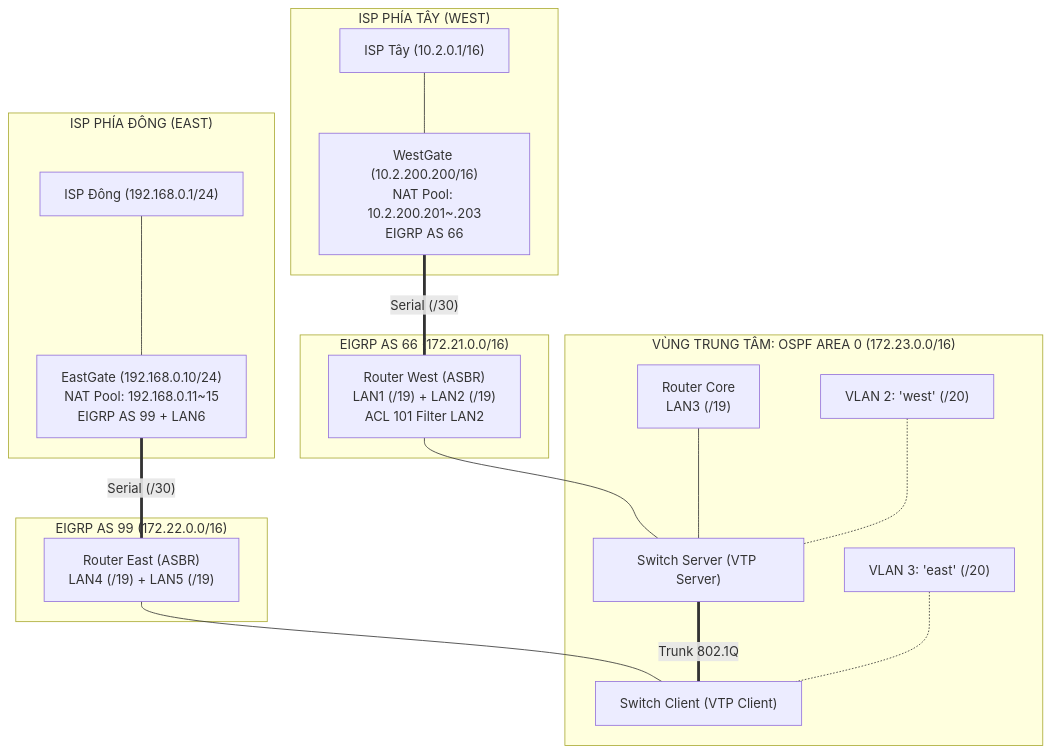
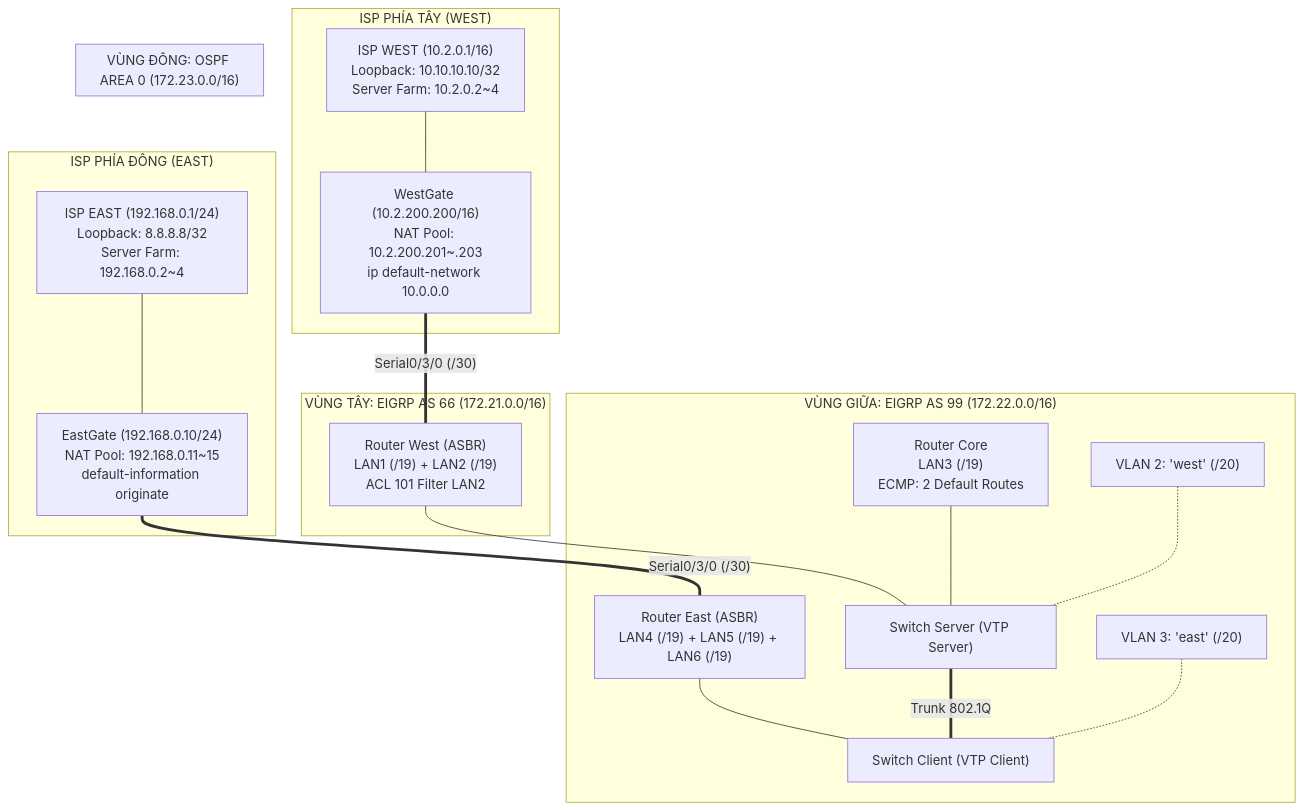
Before and after one commit to codebypython/dut-network-management: the diagram in 03_Engineering_Labs_and_Code/Day6/HUONG_DAN_HOAN_CHINH_LAB_6_EIGRP_OSPF_VLAN_NAT.md, drawn with Mermaid. The commit also changed other lines of this file and 18 other files, not shown here.

````diff
--- a/03_Engineering_Labs_and_Code/Day6/HUONG_DAN_HOAN_CHINH_LAB_6_EIGRP_OSPF_VLAN_NAT.md
+++ b/03_Engineering_Labs_and_Code/Day6/HUONG_DAN_HOAN_CHINH_LAB_6_EIGRP_OSPF_VLAN_NAT.md
@@ -23,31 +26,31 @@
 ```mermaid
 flowchart TD
     subgraph ISP_WEST_ZONE["ISP PHÍA TÂY (WEST)"]
-        ISPW["ISP Tây (10.2.0.1/16)"]
-        WG["WestGate (10.2.200.200/16)<br/>NAT Pool: 10.2.200.201~.203<br/>EIGRP AS 66"]
+        ISPW["ISP WEST (10.2.0.1/16)<br/>Loopback: 10.10.10.10/32<br/>Server Farm: 10.2.0.2~4"]
+        WG["WestGate (10.2.200.200/16)<br/>NAT Pool: 10.2.200.201~.203<br/>ip default-network 10.0.0.0"]
         ISPW --- WG
     end
 
     subgraph ISP_EAST_ZONE["ISP PHÍA ĐÔNG (EAST)"]
-        ISPE["ISP Đông (192.168.0.1/24)"]
-        EG["EastGate (192.168.0.10/24)<br/>NAT Pool: 192.168.0.11~15<br/>EIGRP AS 99 + LAN6"]
+        ISPE["ISP EAST (192.168.0.1/24)<br/>Loopback: 8.8.8.8/32<br/>Server Farm: 192.168.0.2~4"]
+        EG["EastGate (192.168.0.10/24)<br/>NAT Pool: 192.168.0.11~15<br/>default-information originate"]
         ISPE --- EG
     end
 
-    subgraph WAN_WEST["EIGRP AS 66 (172.21.0.0/16)"]
-        WG == "Serial (/30)" === W["Router West (ASBR)<br/>LAN1 (/19) + LAN2 (/19)<br/>ACL 101 Filter LAN2"]
+    subgraph WAN_WEST["VÙNG TÂY: EIGRP AS 66 (172.21.0.0/16)"]
+        WG == "Serial0/3/0 (/30)" === W["Router West (ASBR)<br/>LAN1 (/19) + LAN2 (/19)<br/>ACL 101 Filter LAN2"]
     end
 
-    subgraph WAN_EAST["EIGRP AS 99 (172.22.0.0/16)"]
-        EG == "Serial (/30)" === E["Router East (ASBR)<br/>LAN4 (/19) + LAN5 (/19)"]
-    end
-
-    subgraph CORE_OSPF_ZONE["VÙNG TRUNG TÂM: OSPF AREA 0 (172.23.0.0/16)"]
+    subgraph CORE_MID_ZONE["VÙNG GIỮA: EIGRP AS 99 (172.22.0.0/16)"]
         W --- SW_S["Switch Server (VTP Server)"]
         E --- SW_C["Switch Client (VTP Client)"]
         SW_S == "Trunk 802.1Q" === SW_C
-        CORE["Router Core<br/>LAN3 (/19)"] --- SW_S
+        CORE["Router Core<br/>LAN3 (/19)<br/>ECMP: 2 Default Routes"] --- SW_S
         VLAN2["VLAN 2: 'west' (/20)"] -.- SW_S
         VLAN3["VLAN 3: 'east' (/20)"] -.- SW_C
     end
+
+    subgraph WAN_EAST["VÙNG ĐÔNG: OSPF AREA 0 (172.23.0.0/16)"]
+        EG == "Serial0/3/0 (/30)" === E["Router East (ASBR)<br/>LAN4 (/19) + LAN5 (/19) + LAN6 (/19)"]
+    end
 ```
````
